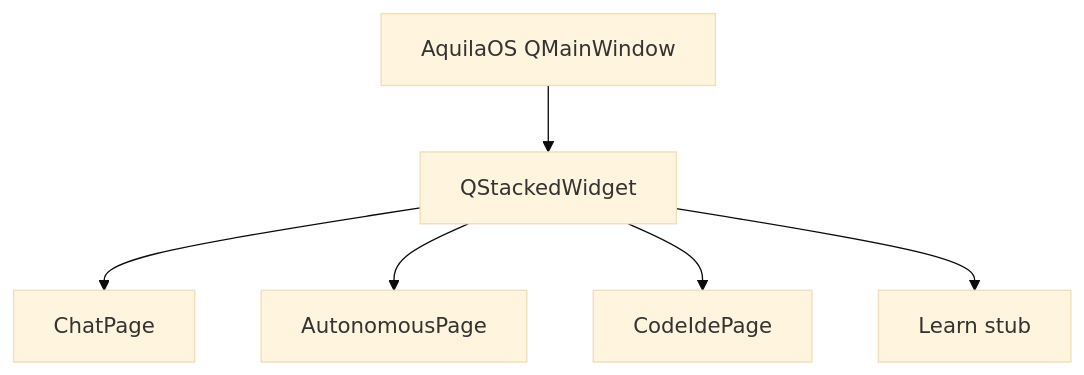
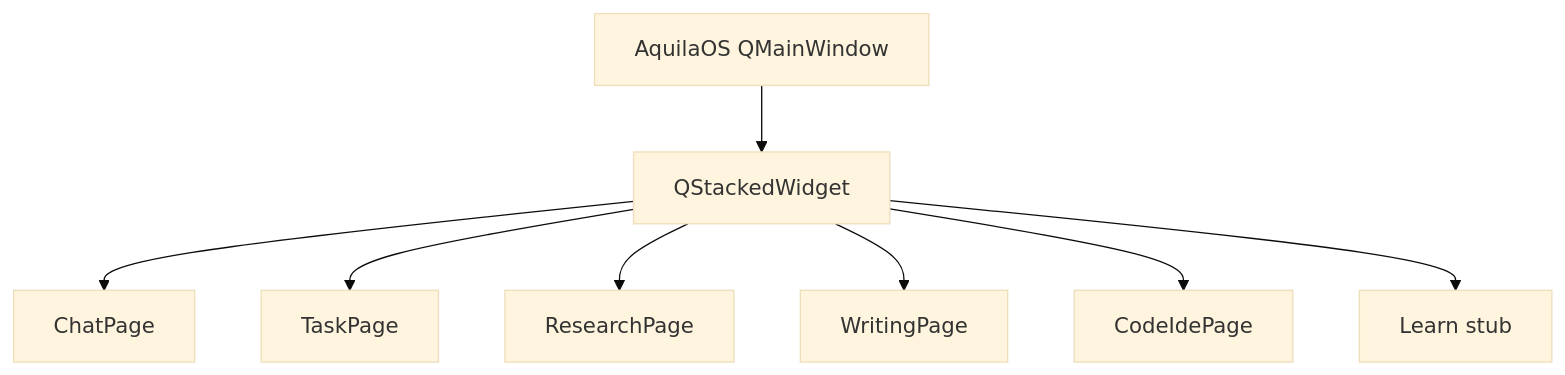
Before and after one commit to Xydra01/AquilaAI: the third of 3 diagrams in ARCHITECTURE.md, drawn with Mermaid (base theme). The commit also changed other lines of this file and 36 other files, not shown here.

````diff
--- a/ARCHITECTURE.md
+++ b/ARCHITECTURE.md
@@ -664,10 +679,12 @@
 ```mermaid
 flowchart TB
     Main[AquilaOS QMainWindow]
     Stack[QStackedWidget]
     Main --> Stack
     Stack --> ChatPage[ChatPage]
-    Stack --> AutoPage[AutonomousPage]
+    Stack --> TaskPage[TaskPage]
+    Stack --> ResearchPage[ResearchPage]
+    Stack --> WritingPage[WritingPage]
     Stack --> CodeIDE[CodeIdePage]
     Stack --> LearnStub[Learn stub]
 ```
````
